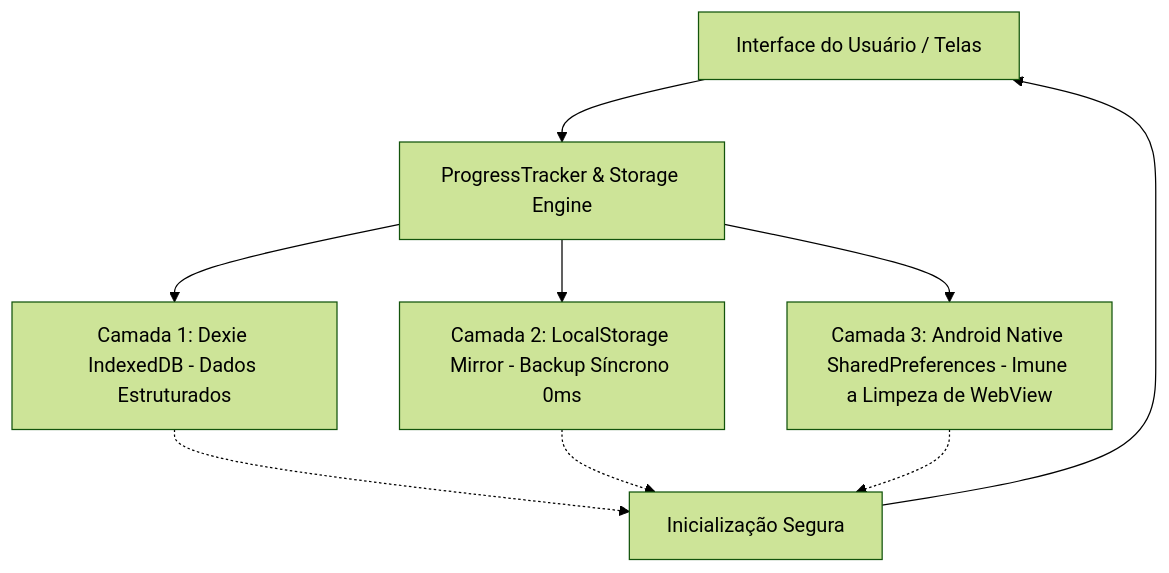
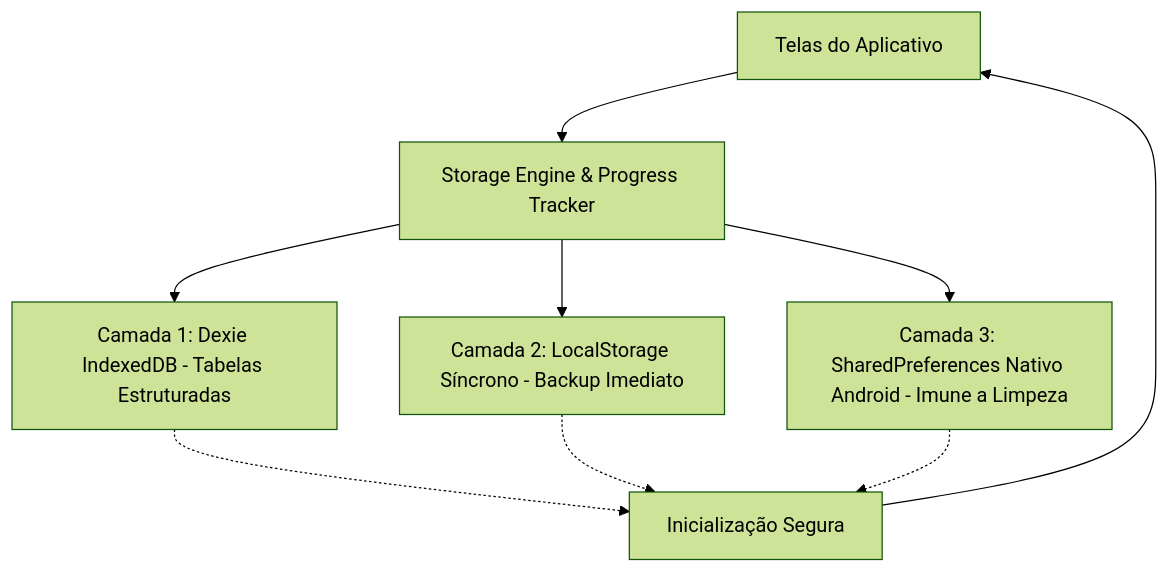
The diagram in MOBILE_PLAN.md (pablolira-1982/EduFree), drawn with Mermaid (forest theme) before and after one commit. The commit also changed other lines of this file and 10 other files, not shown here.

````diff
--- a/MOBILE_PLAN.md
+++ b/MOBILE_PLAN.md
@@ -46,12 +75,12 @@
 ```mermaid
 graph TD
-    UI[Interface do Usuário / Telas] --> Tracker[ProgressTracker & Storage Engine]
-    Tracker --> L1[Camada 1: Dexie IndexedDB - Dados Estruturados]
-    Tracker --> L2[Camada 2: LocalStorage Mirror - Backup Síncrono 0ms]
-    Tracker --> L3[Camada 3: Android Native SharedPreferences - Imune a Limpeza de WebView]
+    UI[Telas do Aplicativo] --> Tracker[Storage Engine & Progress Tracker]
+    Tracker --> L1[Camada 1: Dexie IndexedDB - Tabelas Estruturadas]
+    Tracker --> L2[Camada 2: LocalStorage Síncrono - Backup Imediato]
+    Tracker --> L3[Camada 3: SharedPreferences Nativo Android - Imune a Limpeza]
     
     L1 -.-> Restore[Inicialização Segura]
     L2 -.-> Restore
     L3 -.-> Restore
     Restore --> UI
 ```
````
